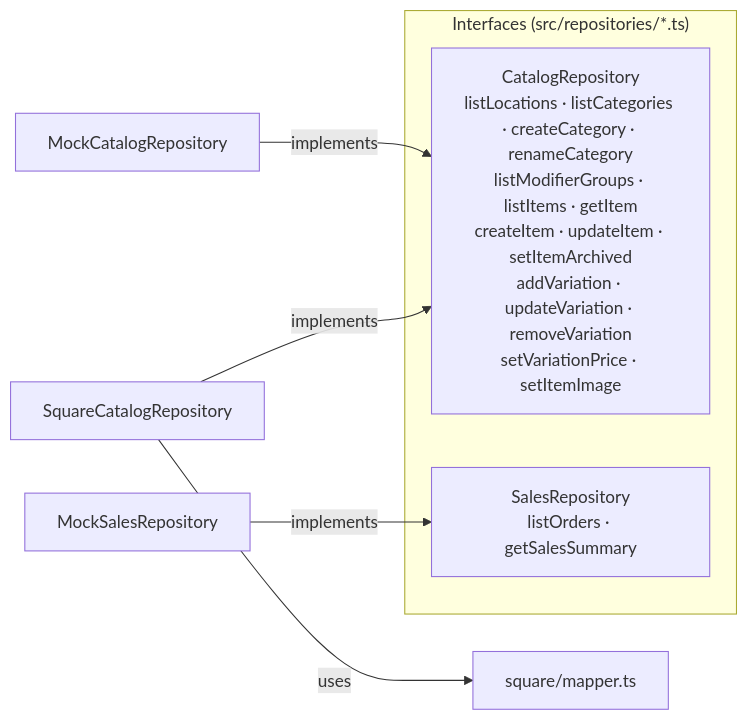
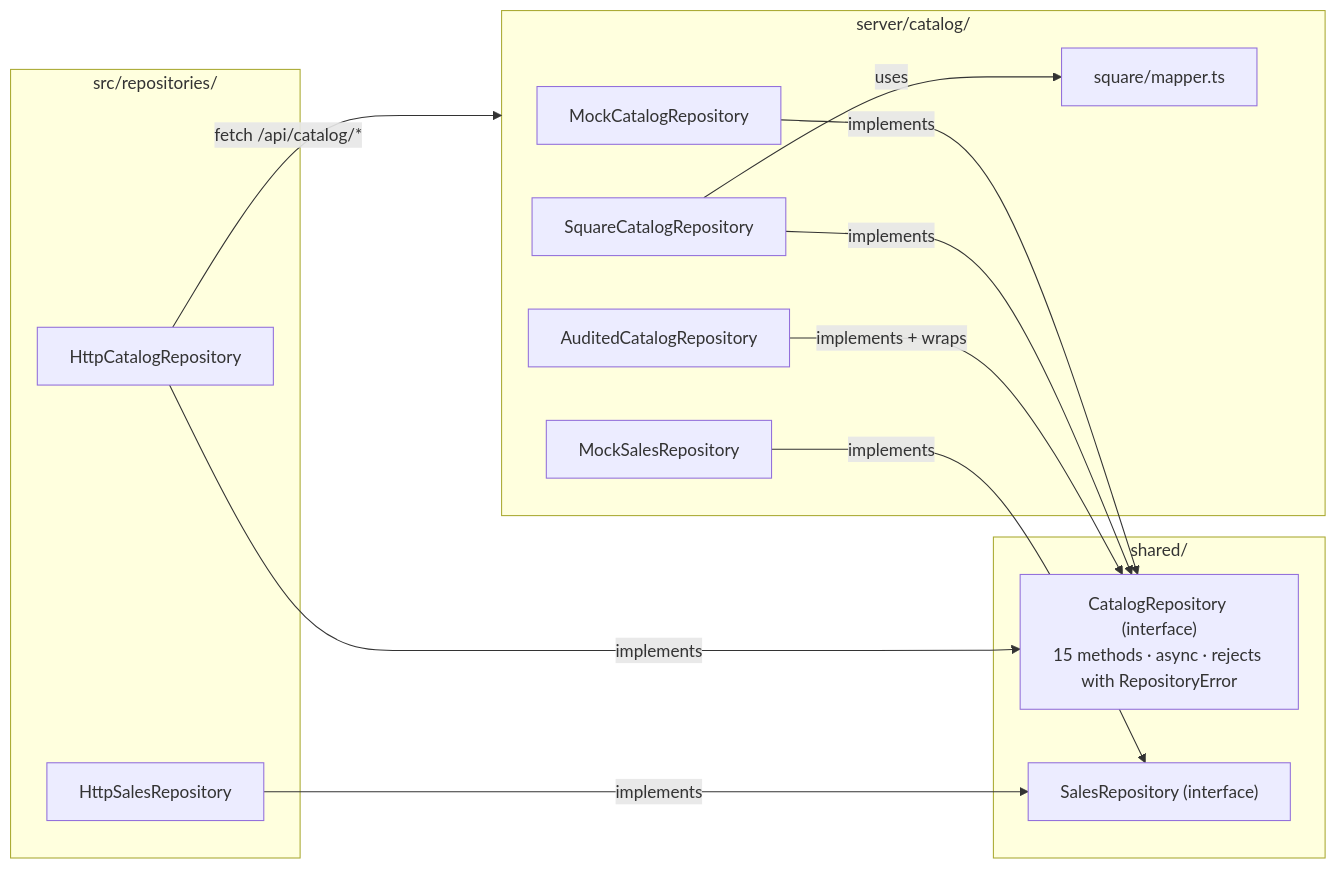
Before and after one commit to daniel-citrus/CapheVietPOS: the fourth of 5 diagrams in ARCHITECTURE.md, drawn with Mermaid. The commit also changed other lines of this file and 4 other files, not shown here.

````diff
--- a/ARCHITECTURE.md
+++ b/ARCHITECTURE.md
@@ -289,16 +213,19 @@
 ```mermaid
 flowchart LR
-  subgraph IFACES["Interfaces (src/repositories/*.ts)"]
-    CR["CatalogRepository<br/>listLocations · listCategories · createCategory · renameCategory<br/>listModifierGroups · listItems · getItem<br/>createItem · updateItem · setItemArchived<br/>addVariation · updateVariation · removeVariation<br/>setVariationPrice · setItemImage"]
-    SR["SalesRepository<br/>listOrders · getSalesSummary"]
+  subgraph SHARED["shared/"]
+    CI["CatalogRepository (interface)<br/>15 methods · async · rejects with RepositoryError"]
+    SI["SalesRepository (interface)"]
   end
-  MOCKC["MockCatalogRepository"]
-  SQRC["SquareCatalogRepository"]
-  MAPX["square/mapper.ts"]
-  MOCKS["MockSalesRepository"]
-
-  MOCKC -->|implements| CR
-  SQRC -->|implements| CR
-  SQRC -->|uses| MAPX
-  MOCKS -->|implements| SR
+  subgraph CLIENT["src/repositories/"]
+    HC["HttpCatalogRepository"] -->|implements| CI
+    HS["HttpSalesRepository"] -->|implements| SI
+  end
+  subgraph SERVER["server/catalog/"]
+    MC["MockCatalogRepository"] -->|implements| CI
+    SC["SquareCatalogRepository"] -->|implements| CI
+    AC["AuditedCatalogRepository"] -->|implements + wraps| CI
+    MS["MockSalesRepository"] -->|implements| SI
+    SC -->|uses| MAP["square/mapper.ts"]
+  end
+  HC -->|"fetch /api/catalog/*"| SERVER
 ```
````
